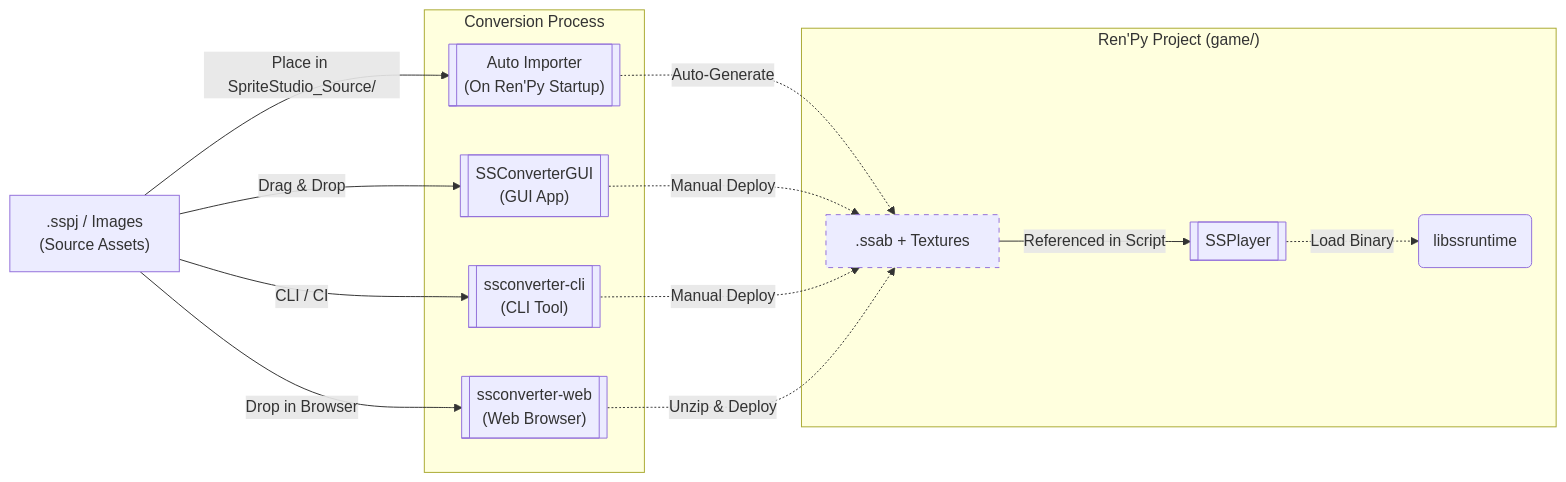
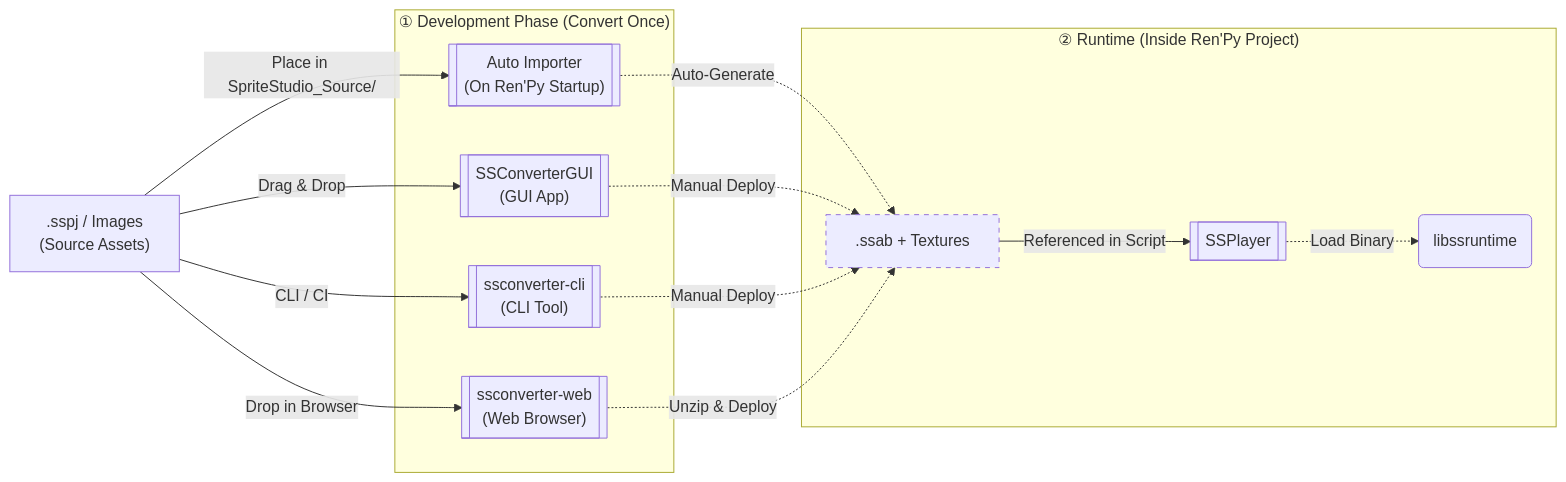
One commit to cri-middleware/SSPlayerForRenPy changed the diagram in docs/import.md. Above: the diagram before and after it, drawn with Mermaid. The commit also changed other lines of this file and 1 other file, not shown here.

Commit message:
docs: clarify that .sspj conversion is a one-time development process

````diff
--- a/docs/import.md
+++ b/docs/import.md
@@ -5,32 +7,32 @@
 ```mermaid
 graph LR
     SS[" .sspj / Images<br>(Source Assets) "]
 
-    subgraph Convert ["Conversion Process"]
+    subgraph Convert ["① Development Phase (Convert Once)"]
         AUTO[[" Auto Importer<br>(On Ren'Py Startup) "]]
         GUI[[" SSConverterGUI<br>(GUI App) "]]
         CLI[[" ssconverter-cli<br>(CLI Tool) "]]
         WEB[[" ssconverter-web<br>(Web Browser) "]]
     end
 
-    subgraph RenPy ["Ren'Py Project (game/)"]
+    subgraph RenPy ["② Runtime (Inside Ren'Py Project)"]
         BIN[" .ssab + Textures "]
         NODE[[ SSPlayer ]]
         RT(" libssruntime ")
     end
 
     SS -- "Place in SpriteStudio_Source/" --> AUTO
     SS -- "Drag & Drop" --> GUI
     SS -- "CLI / CI" --> CLI
     SS -- "Drop in Browser" --> WEB
     AUTO -. "Auto-Generate" .-> BIN
     GUI -. "Manual Deploy" .-> BIN
     CLI -. "Manual Deploy" .-> BIN
     WEB -. "Unzip & Deploy" .-> BIN
     
     BIN -- "Referenced in Script" --> NODE
     NODE -. "Load Binary" .-> RT
 
     classDef generated stroke-dasharray: 5 5;
     class BIN generated;
 ```
````
